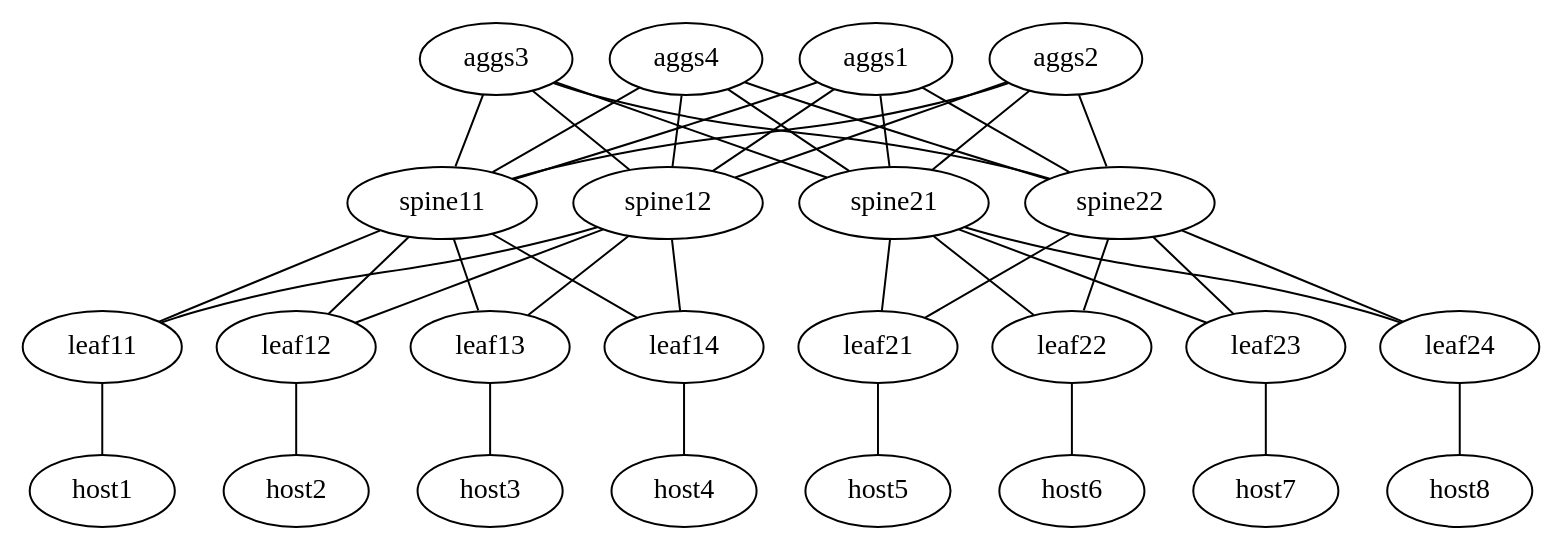
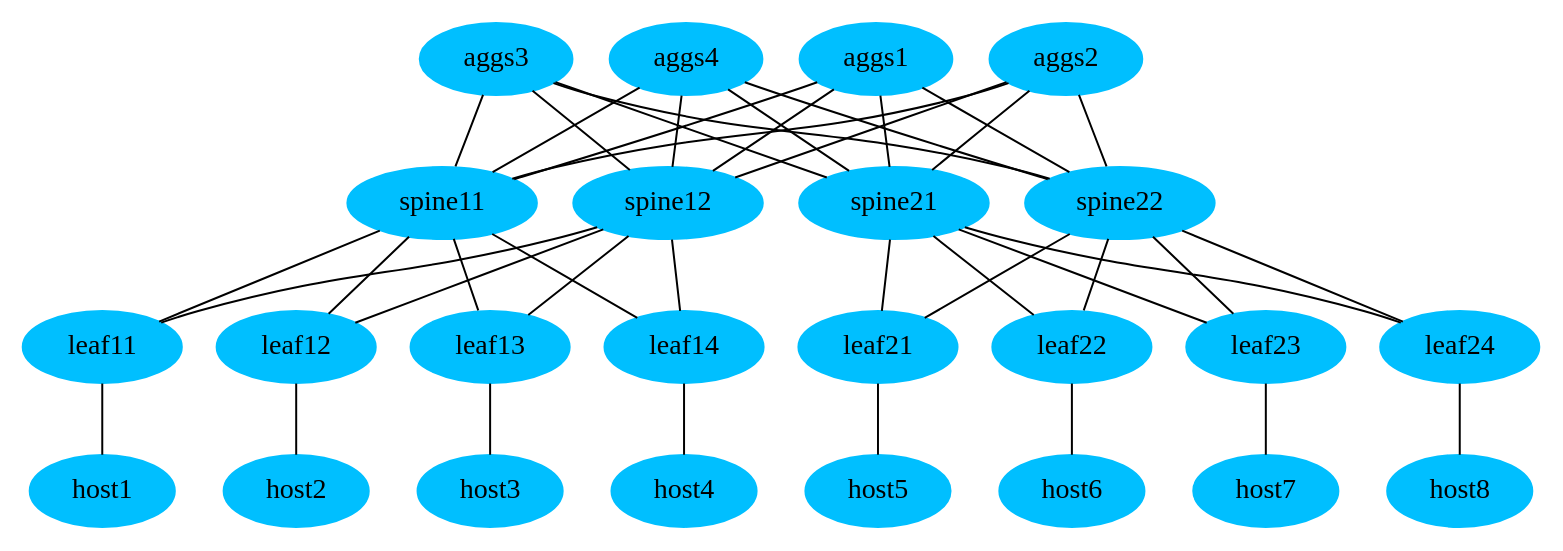
The diagram in topology/autogen.gv (akarneliuk/hs-dc), drawn with Graphviz before and after one commit. The commit also changed 3 other files, not shown here.

```diff
--- a/topology/autogen.gv
+++ b/topology/autogen.gv
@@ -1,67 +1,68 @@
 // Data Centre
 graph {
+	node [color=deepskyblue1 style=filled]
 	aggs1 [dev_type="microsoft-sonic"]
 	aggs2 [dev_type="microsoft-sonic"]
 	aggs3 [dev_type="microsoft-sonic"]
 	aggs4 [dev_type="microsoft-sonic"]
 	spine11 [dev_type="microsoft-sonic" pod=A]
 	spine12 [dev_type="microsoft-sonic" pod=A]
 	spine21 [dev_type="microsoft-sonic" pod=B]
 	spine22 [dev_type="microsoft-sonic" pod=B]
 	leaf11 [dev_type="microsoft-sonic" pod=A]
 	leaf12 [dev_type="microsoft-sonic" pod=A]
 	leaf13 [dev_type="microsoft-sonic" pod=A]
 	leaf14 [dev_type="microsoft-sonic" pod=A]
 	leaf21 [dev_type="microsoft-sonic" pod=B]
 	leaf22 [dev_type="microsoft-sonic" pod=B]
 	leaf23 [dev_type="microsoft-sonic" pod=B]
 	leaf24 [dev_type="microsoft-sonic" pod=B]
 	host1 [dev_type=ubuntu pod=A]
 	host2 [dev_type=ubuntu pod=A]
 	host3 [dev_type=ubuntu pod=A]
 	host4 [dev_type=ubuntu pod=A]
 	host5 [dev_type=ubuntu pod=A]
 	host6 [dev_type=ubuntu pod=B]
 	host7 [dev_type=ubuntu pod=B]
 	host8 [dev_type=ubuntu pod=B]
 	leaf11 -- host1 [type=link_customer]
 	leaf12 -- host2 [type=link_customer]
 	leaf13 -- host3 [type=link_customer]
 	leaf14 -- host4 [type=link_customer]
 	leaf21 -- host5 [type=link_customer]
 	leaf22 -- host6 [type=link_customer]
 	leaf23 -- host7 [type=link_customer]
 	leaf24 -- host8 [type=link_customer]
 	spine11 -- leaf11 [type=link_dc]
 	spine11 -- leaf12 [type=link_dc]
 	spine11 -- leaf13 [type=link_dc]
 	spine11 -- leaf14 [type=link_dc]
 	spine12 -- leaf11 [type=link_dc]
 	spine12 -- leaf12 [type=link_dc]
 	spine12 -- leaf13 [type=link_dc]
 	spine12 -- leaf14 [type=link_dc]
 	spine21 -- leaf21 [type=link_dc]
 	spine21 -- leaf22 [type=link_dc]
 	spine21 -- leaf23 [type=link_dc]
 	spine21 -- leaf24 [type=link_dc]
 	spine22 -- leaf21 [type=link_dc]
 	spine22 -- leaf22 [type=link_dc]
 	spine22 -- leaf23 [type=link_dc]
 	spine22 -- leaf24 [type=link_dc]
 	aggs1 -- spine11 [type=link_dc]
 	aggs1 -- spine12 [type=link_dc]
 	aggs1 -- spine21 [type=link_dc]
 	aggs1 -- spine22 [type=link_dc]
 	aggs2 -- spine11 [type=link_dc]
 	aggs2 -- spine12 [type=link_dc]
 	aggs2 -- spine21 [type=link_dc]
 	aggs2 -- spine22 [type=link_dc]
 	aggs3 -- spine11 [type=link_dc]
 	aggs3 -- spine12 [type=link_dc]
 	aggs3 -- spine21 [type=link_dc]
 	aggs3 -- spine22 [type=link_dc]
 	aggs4 -- spine11 [type=link_dc]
 	aggs4 -- spine12 [type=link_dc]
 	aggs4 -- spine21 [type=link_dc]
 	aggs4 -- spine22 [type=link_dc]
 }
```
